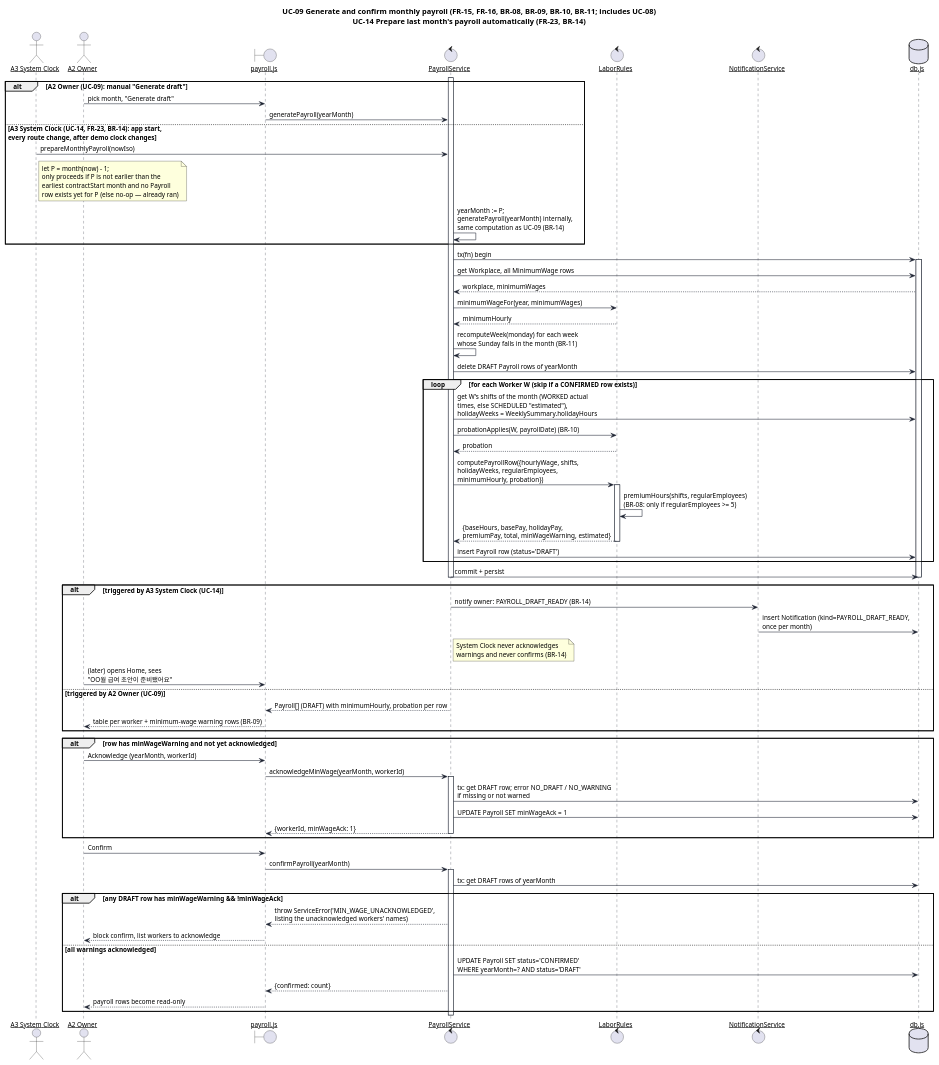
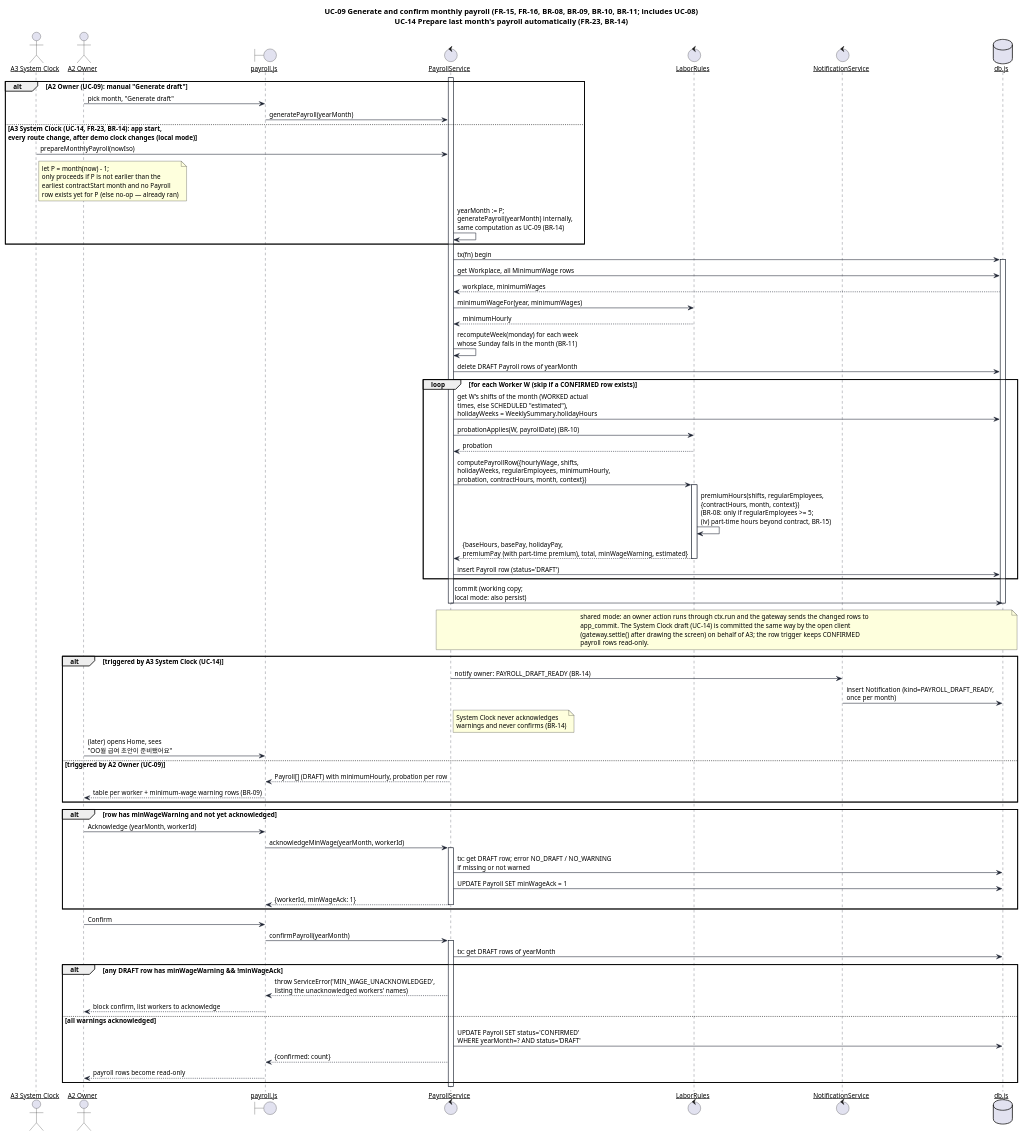
The diagram in uml/src/seq-4-payroll.puml (keemlogan/shiftswap), drawn with PlantUML before and after one commit. The commit also changed 64 other files, not shown here.

First line of the commit message:
UML and screenshots for iteration 8; S10 check of the BR-15 warning

```diff
--- a/uml/src/seq-4-payroll.puml
+++ b/uml/src/seq-4-payroll.puml
@@ -1,99 +1,106 @@
 @startuml seq-4-payroll
 skinparam defaultFontName "Helvetica"
 skinparam defaultFontSize 12
 skinparam shadowing false
 skinparam backgroundColor #FFFFFF
 skinparam sequenceArrowThickness 1
 skinparam sequenceParticipant underline
 skinparam participant {
   BackgroundColor #FFFFFF
   BorderColor #1C2230
 }
 skinparam sequence {
   LifeLineBorderColor #1C2230
   ArrowColor #1C2230
   BoxBorderColor #1C2230
 }
 
 title UC-09 Generate and confirm monthly payroll (FR-15, FR-16, BR-08, BR-09, BR-10, BR-11; includes UC-08)\nUC-14 Prepare last month's payroll automatically (FR-23, BR-14)
 
 actor "A3 System Clock" as Clock
 actor "A2 Owner" as Owner
 boundary "payroll.js" as UI
 control "PayrollService" as Svc
 control "LaborRules" as Rules
 control "NotificationService" as Notif
 database "db.js" as DB
 
 alt A2 Owner (UC-09): manual "Generate draft"
   Owner -> UI : pick month, "Generate draft"
   UI -> Svc : generatePayroll(yearMonth)
-else A3 System Clock (UC-14, FR-23, BR-14): app start,\nevery route change, after demo clock changes
+else A3 System Clock (UC-14, FR-23, BR-14): app start,\nevery route change, after demo clock changes (local mode)
   Clock -> Svc : prepareMonthlyPayroll(nowIso)
   note right of Clock : let P = month(now) - 1;\nonly proceeds if P is not earlier than the\nearliest contractStart month and no Payroll\nrow exists yet for P (else no-op — already ran)
   Svc -> Svc : yearMonth := P;\ngeneratePayroll(yearMonth) internally,\nsame computation as UC-09 (BR-14)
 end
 
 activate Svc
 Svc -> DB : tx(fn) begin
 activate DB
 Svc -> DB : get Workplace, all MinimumWage rows
 DB --> Svc : workplace, minimumWages
 
 Svc -> Rules : minimumWageFor(year, minimumWages)
 Rules --> Svc : minimumHourly
 
 Svc -> Svc : recomputeWeek(monday) for each week\nwhose Sunday falls in the month (BR-11)
 Svc -> DB : delete DRAFT Payroll rows of yearMonth
 
 loop for each Worker W (skip if a CONFIRMED row exists)
   Svc -> DB : get W's shifts of the month (WORKED actual\ntimes, else SCHEDULED "estimated"),\nholidayWeeks = WeeklySummary.holidayHours
   Svc -> Rules : probationApplies(W, payrollDate) (BR-10)
   Rules --> Svc : probation
-  Svc -> Rules : computePayrollRow({hourlyWage, shifts,\nholidayWeeks, regularEmployees,\nminimumHourly, probation})
+  Svc -> Rules : computePayrollRow({hourlyWage, shifts,\nholidayWeeks, regularEmployees, minimumHourly,\nprobation, contractHours, month, context})
   activate Rules
-  Rules -> Rules : premiumHours(shifts, regularEmployees)\n(BR-08: only if regularEmployees >= 5)
-  Rules --> Svc : {baseHours, basePay, holidayPay,\npremiumPay, total, minWageWarning, estimated}
+  Rules -> Rules : premiumHours(shifts, regularEmployees,\n{contractHours, month, context})\n(BR-08: only if regularEmployees >= 5;\n(iv) part-time hours beyond contract, BR-15)
+  Rules --> Svc : {baseHours, basePay, holidayPay,\npremiumPay (with part-time premium), total, minWageWarning, estimated}
   deactivate Rules
   Svc -> DB : insert Payroll row (status='DRAFT')
 end
 
-Svc -> DB : commit + persist
+Svc -> DB : commit (working copy;\nlocal mode: also persist)
 deactivate DB
 deactivate Svc
+
+note over Svc, DB
+  shared mode: an owner action runs through ctx.run and the gateway sends the changed rows to
+  app_commit. The System Clock draft (UC-14) is committed the same way by the open client
+  (gateway.settle() after drawing the screen) on behalf of A3; the row trigger keeps CONFIRMED
+  payroll rows read-only.
+end note
 
 alt triggered by A3 System Clock (UC-14)
   Svc -> Notif : notify owner: PAYROLL_DRAFT_READY (BR-14)
   Notif -> DB : insert Notification (kind=PAYROLL_DRAFT_READY,\nonce per month)
   note right of Svc : System Clock never acknowledges\nwarnings and never confirms (BR-14)
   Owner -> UI : (later) opens Home, sees\n"OO월 급여 초안이 준비됐어요"
 else triggered by A2 Owner (UC-09)
   Svc --> UI : Payroll[] (DRAFT) with minimumHourly, probation per row
   UI --> Owner : table per worker + minimum-wage warning rows (BR-09)
 end
 
 alt row has minWageWarning and not yet acknowledged
   Owner -> UI : Acknowledge (yearMonth, workerId)
   UI -> Svc : acknowledgeMinWage(yearMonth, workerId)
   activate Svc
   Svc -> DB : tx: get DRAFT row; error NO_DRAFT / NO_WARNING\nif missing or not warned
   Svc -> DB : UPDATE Payroll SET minWageAck = 1
   Svc --> UI : {workerId, minWageAck: 1}
   deactivate Svc
 end
 
 Owner -> UI : Confirm
 UI -> Svc : confirmPayroll(yearMonth)
 activate Svc
 Svc -> DB : tx: get DRAFT rows of yearMonth
 
 alt any DRAFT row has minWageWarning && !minWageAck
   Svc --> UI : throw ServiceError('MIN_WAGE_UNACKNOWLEDGED',\nlisting the unacknowledged workers' names)
   UI --> Owner : block confirm, list workers to acknowledge
 else all warnings acknowledged
   Svc -> DB : UPDATE Payroll SET status='CONFIRMED'\nWHERE yearMonth=? AND status='DRAFT'
   Svc --> UI : {confirmed: count}
   UI --> Owner : payroll rows become read-only
 end
 deactivate Svc
 @enduml
```
